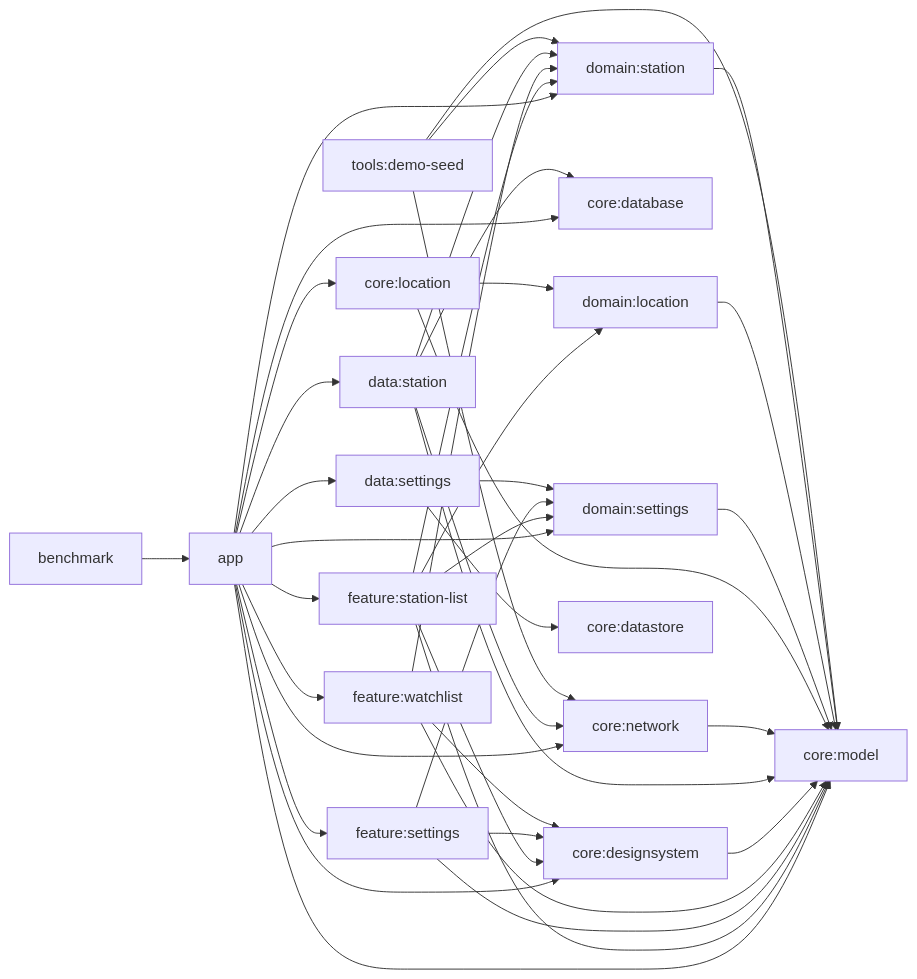
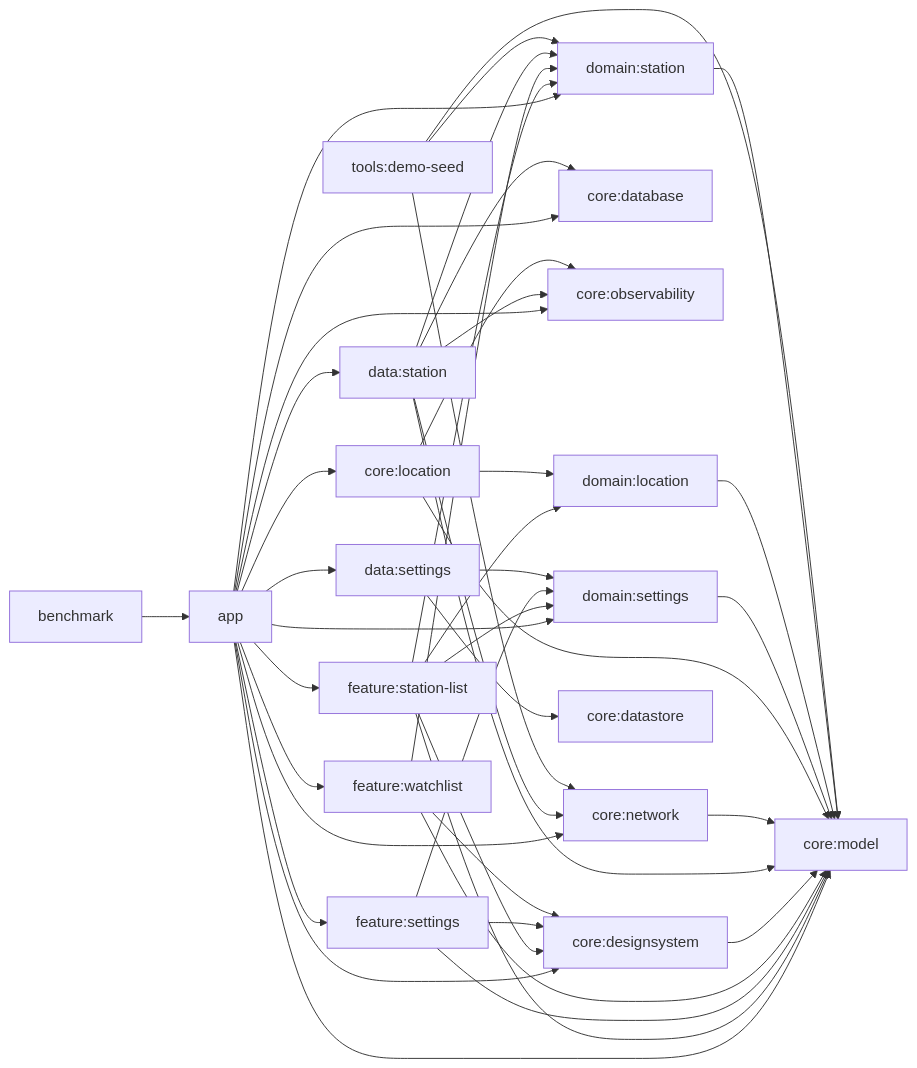
One commit to beyondwin/GasStation changed the diagram in docs/architecture.md. Above: the diagram before and after it, drawn with Mermaid. The commit also changed other lines of this file and 6 other files, not shown here.

````diff
--- a/docs/architecture.md
+++ b/docs/architecture.md
@@ -17,51 +17,54 @@
 ```mermaid
 flowchart LR
     app["app"] --> fstation["feature:station-list"]
     app --> fsettings["feature:settings"]
     app --> fwatch["feature:watchlist"]
     app --> dstation["data:station"]
     app --> dsettings["data:settings"]
     app --> cdesign["core:designsystem"]
     app --> clocation["core:location"]
     app --> cnetwork["core:network"]
     app --> cdatabase["core:database"]
     app --> cmodel["core:model"]
+    app --> cobserve["core:observability"]
     app --> domSettings["domain:settings"]
     app --> domStation["domain:station"]
 
     fstation --> domSettings
     fstation --> domStation
     fstation --> domLocation["domain:location"]
     fstation --> cdesign
     fstation --> cmodel
 
     fsettings --> domSettings
     fsettings --> cdesign
     fsettings --> cmodel
 
     fwatch --> domStation
     fwatch --> cmodel
     fwatch --> cdesign
     cdesign --> cmodel
 
     dstation --> domStation
     dstation --> cnetwork
     dstation --> cdatabase
     dstation --> cmodel
+    dstation --> cobserve
 
     dsettings --> domSettings
     dsettings --> cstore["core:datastore"]
 
     cnetwork --> cmodel
 
     clocation --> domLocation
     clocation --> cmodel
+    clocation --> cobserve
     domSettings --> cmodel
     domLocation --> cmodel
     domStation --> cmodel
 
     tools["tools:demo-seed"] --> cnetwork
     tools --> domStation
     tools --> cmodel
     benchmark["benchmark"] --> app
 ```
````
